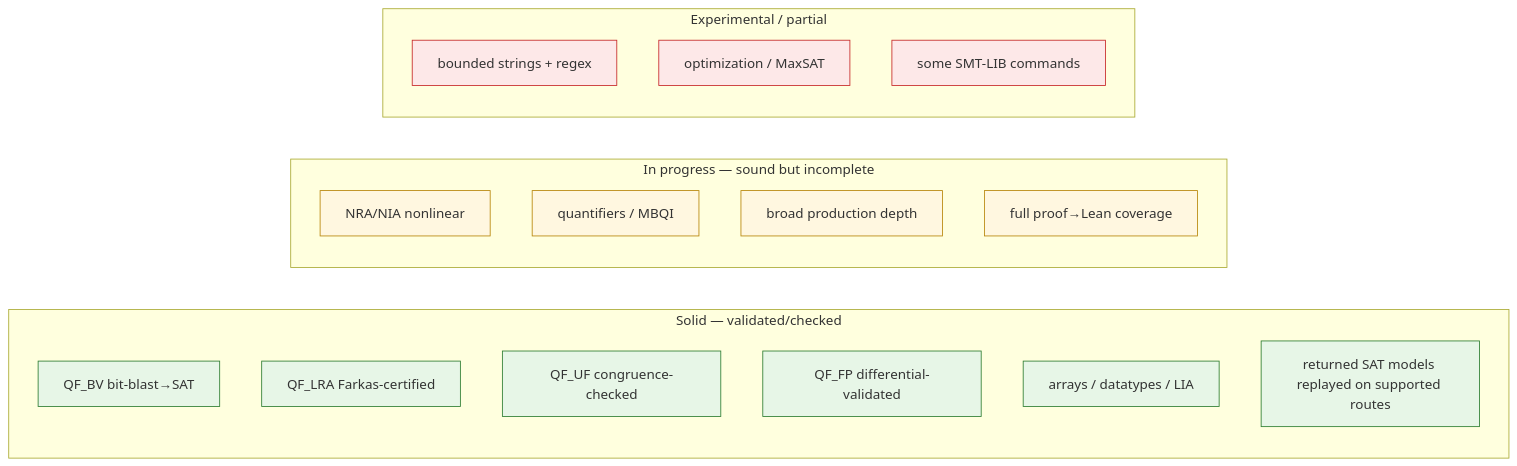
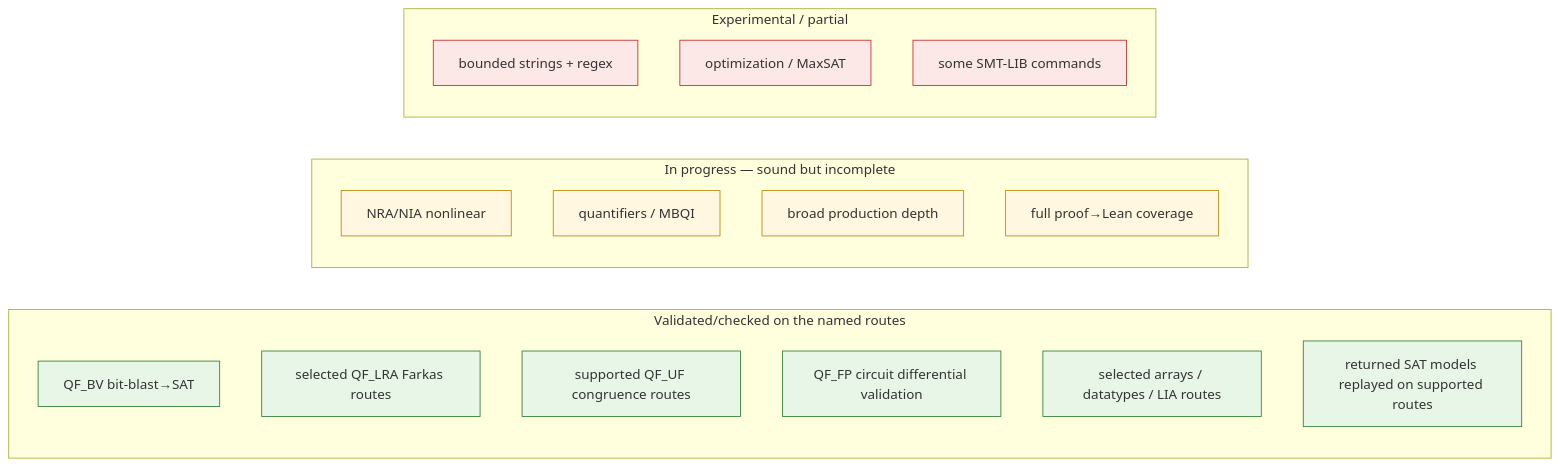
One commit to mjbommar/axeyum changed the diagram in docs/user-guide/limitations.md. Above: the diagram before and after it, drawn with Mermaid. The commit also changed other lines of this file and 7 other files, not shown here.

````diff
--- a/docs/user-guide/limitations.md
+++ b/docs/user-guide/limitations.md
@@ -20,28 +20,28 @@
 ```mermaid
 flowchart LR
-    subgraph S["Solid — validated/checked"]
+    subgraph S["Validated/checked on the named routes"]
         s1[QF_BV bit-blast→SAT]
-        s2[QF_LRA Farkas-certified]
-        s3[QF_UF congruence-checked]
-        s4[QF_FP differential-validated]
-        s5[arrays / datatypes / LIA]
+        s2[selected QF_LRA Farkas routes]
+        s3[supported QF_UF congruence routes]
+        s4[QF_FP circuit differential validation]
+        s5[selected arrays / datatypes / LIA routes]
         s6[returned SAT models replayed on supported routes]
     end
     subgraph P["In progress — sound but incomplete"]
         p1[NRA/NIA nonlinear]
         p2[quantifiers / MBQI]
         p3[broad production depth]
         p4[full proof→Lean coverage]
     end
     subgraph X["Experimental / partial"]
         x1[bounded strings + regex]
         x2[optimization / MaxSAT]
         x3[some SMT-LIB commands]
     end
     classDef s fill:#e7f6e7,stroke:#2e7d32;
     classDef p fill:#fff7e0,stroke:#b8860b;
     classDef x fill:#fde8e8,stroke:#c62828;
     class s1,s2,s3,s4,s5,s6 s;
     class p1,p2,p3,p4 p;
     class x1,x2,x3 x;
 ```
````
